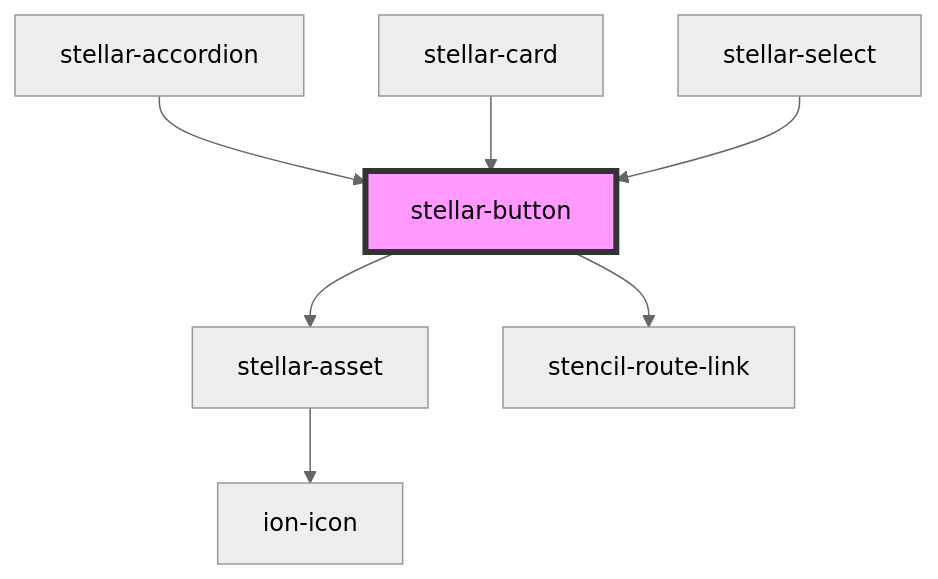
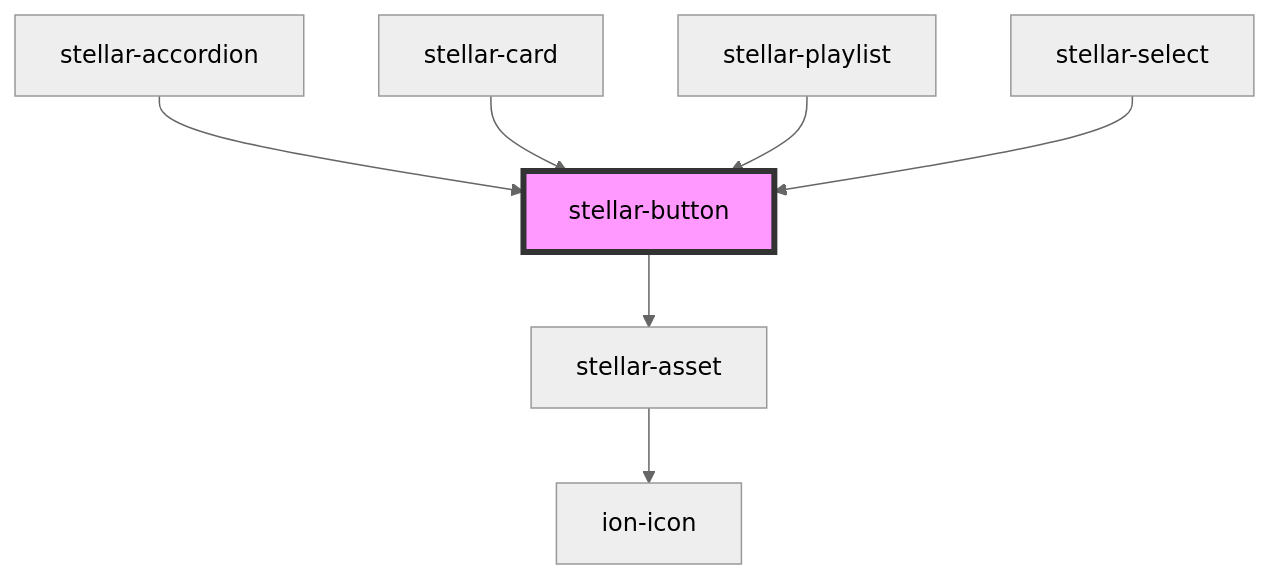
Before and after one commit to splitinfinities/Stellar: the diagram in src/components/forms/button/readme.md, drawn with Mermaid (neutral theme). The commit also changed other lines of this file and 9 other files, not shown here.

````diff
--- a/src/components/forms/button/readme.md
+++ b/src/components/forms/button/readme.md
@@ -75,10 +75,10 @@
 ```mermaid
 graph TD;
   stellar-button --> stellar-asset
-  stellar-button --> stencil-route-link
   stellar-asset --> ion-icon
   stellar-accordion --> stellar-button
   stellar-card --> stellar-button
+  stellar-playlist --> stellar-button
   stellar-select --> stellar-button
   style stellar-button fill:#f9f,stroke:#333,stroke-width:4px
 ```
````
